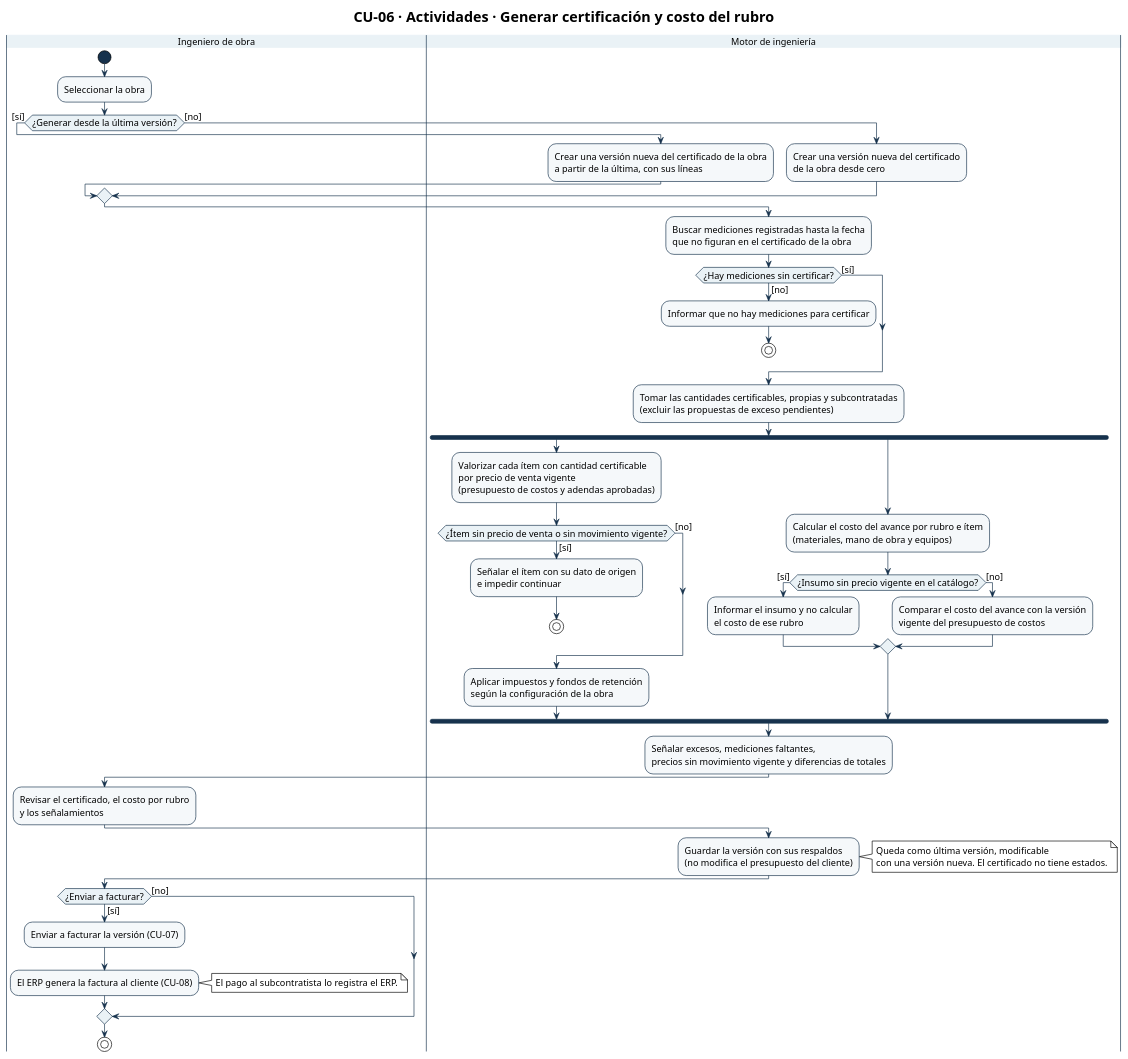
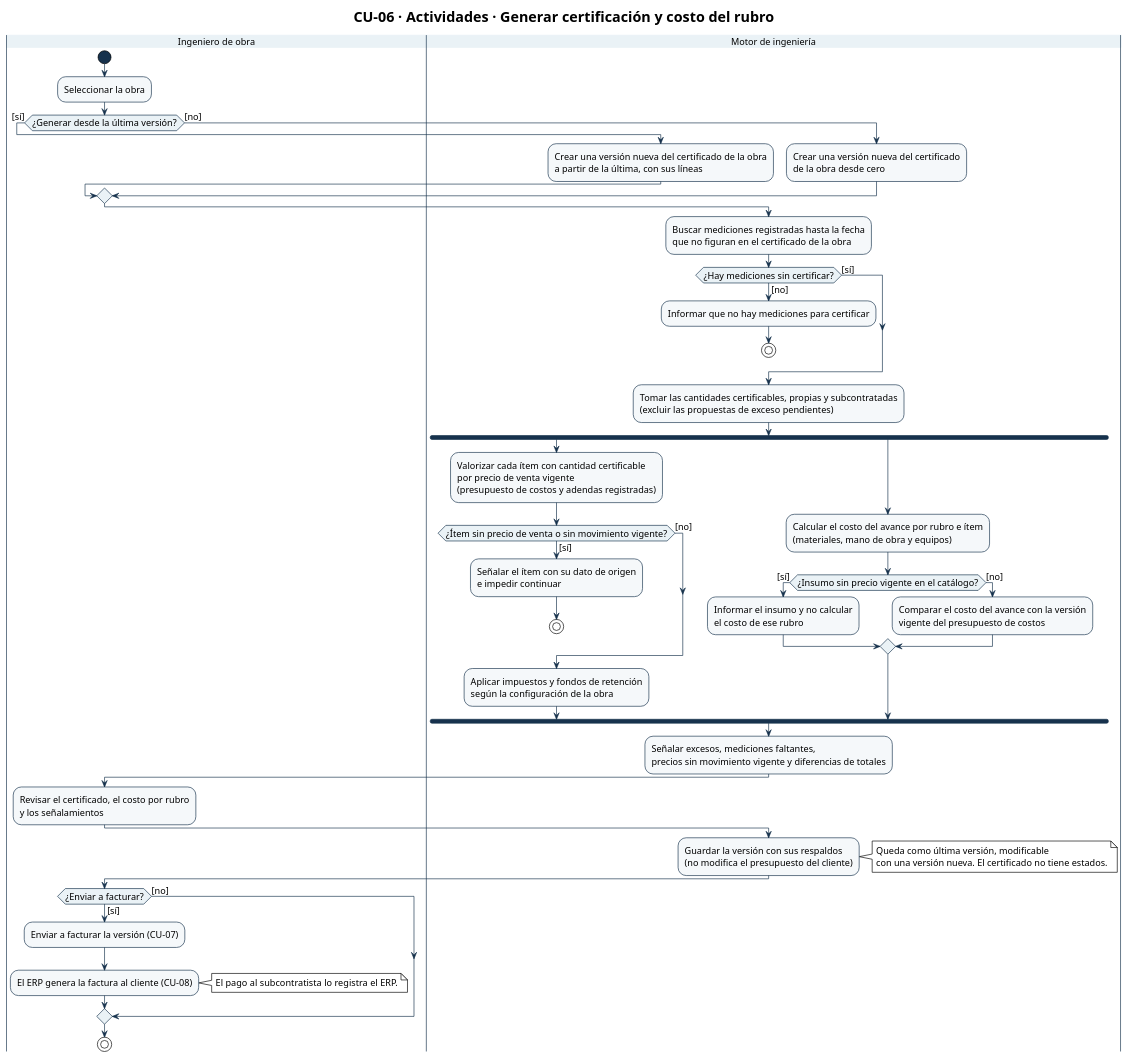
The diagram in diagramas/CU-06-actividades.puml (Ssrrb/tpf-uca), drawn with PlantUML before and after one commit. The commit also changed 3 other files, not shown here.

First line of the commit message:
Sincroniza CU-06 con la adenda registrada (diagramas-v6)

```diff
--- a/diagramas/CU-06-actividades.puml
+++ b/diagramas/CU-06-actividades.puml
@@ -1,94 +1,94 @@
 @startuml
 !theme plain
 skinparam shadowing false
 skinparam defaultFontName Arial
 skinparam defaultFontSize 14
 skinparam ArrowColor #17324D
 skinparam activity {
   StartColor #17324D
   EndColor #17324D
   BarColor #17324D
   BackgroundColor #F5F8FA
   BorderColor #17324D
   DiamondBackgroundColor #EAF2F6
   DiamondBorderColor #17324D
 }
 skinparam swimlane {
   BorderColor #17324D
   TitleBackgroundColor #EAF2F6
 }
 title CU-06 · Actividades · Generar certificación y costo del rubro
 
 |Ingeniero de obra|
 start
 :Seleccionar la obra;
 if (¿Generar desde la última versión?) then ([sí])
   |Motor de ingeniería|
   :Crear una versión nueva del certificado de la obra
   a partir de la última, con sus líneas;
 else ([no])
   |Motor de ingeniería|
   :Crear una versión nueva del certificado
   de la obra desde cero;
 endif
 :Buscar mediciones registradas hasta la fecha
 que no figuran en el certificado de la obra;
 if (¿Hay mediciones sin certificar?) then ([no])
   :Informar que no hay mediciones para certificar;
   stop
 else ([sí])
 endif
 :Tomar las cantidades certificables, propias y subcontratadas
 (excluir las propuestas de exceso pendientes);
 
 fork
   :Valorizar cada ítem con cantidad certificable
   por precio de venta vigente
-  (presupuesto de costos y adendas aprobadas);
+  (presupuesto de costos y adendas registradas);
   if (¿Ítem sin precio de venta o sin movimiento vigente?) then ([sí])
     :Señalar el ítem con su dato de origen
     e impedir continuar;
     stop
   else ([no])
   endif
   :Aplicar impuestos y fondos de retención
   según la configuración de la obra;
 fork again
   :Calcular el costo del avance por rubro e ítem
   (materiales, mano de obra y equipos);
   if (¿Insumo sin precio vigente en el catálogo?) then ([sí])
     :Informar el insumo y no calcular
     el costo de ese rubro;
   else ([no])
     :Comparar el costo del avance con la versión
     vigente del presupuesto de costos;
   endif
 end fork
 
 :Señalar excesos, mediciones faltantes,
 precios sin movimiento vigente y diferencias de totales;
 
 |Ingeniero de obra|
 :Revisar el certificado, el costo por rubro
 y los señalamientos;
 
 |Motor de ingeniería|
 :Guardar la versión con sus respaldos
 (no modifica el presupuesto del cliente);
 
 note right
   Queda como última versión, modificable
   con una versión nueva. El certificado no tiene estados.
 end note
 
 |Ingeniero de obra|
 if (¿Enviar a facturar?) then ([sí])
   :Enviar a facturar la versión (CU-07);
   :El ERP genera la factura al cliente (CU-08);
   note right
     El pago al subcontratista lo registra el ERP.
   end note
 else ([no])
 endif
 stop
 @enduml
```
